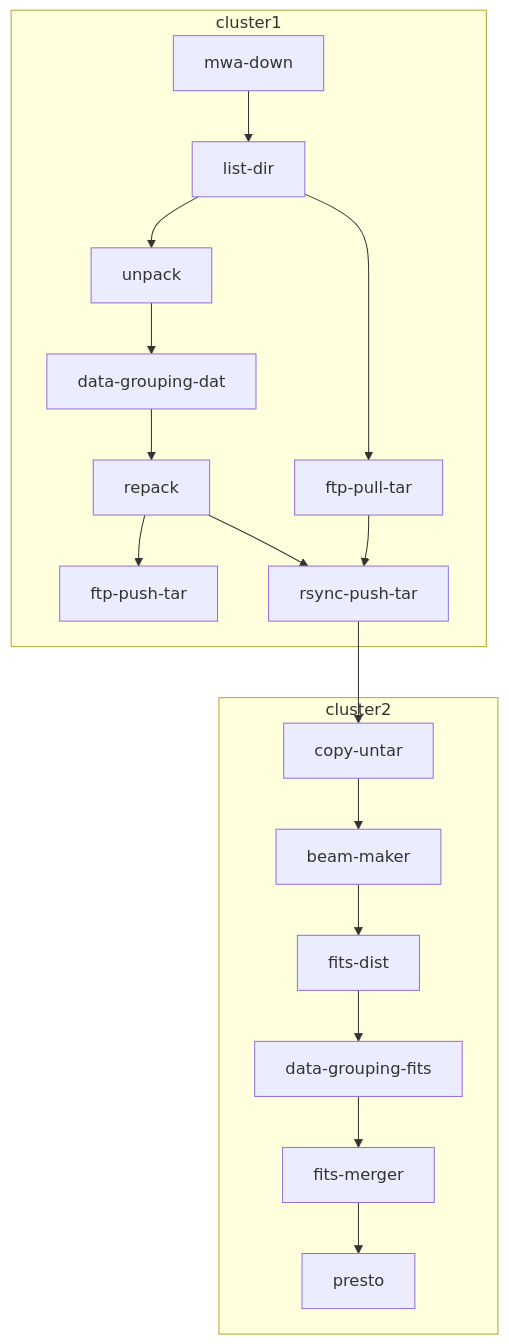
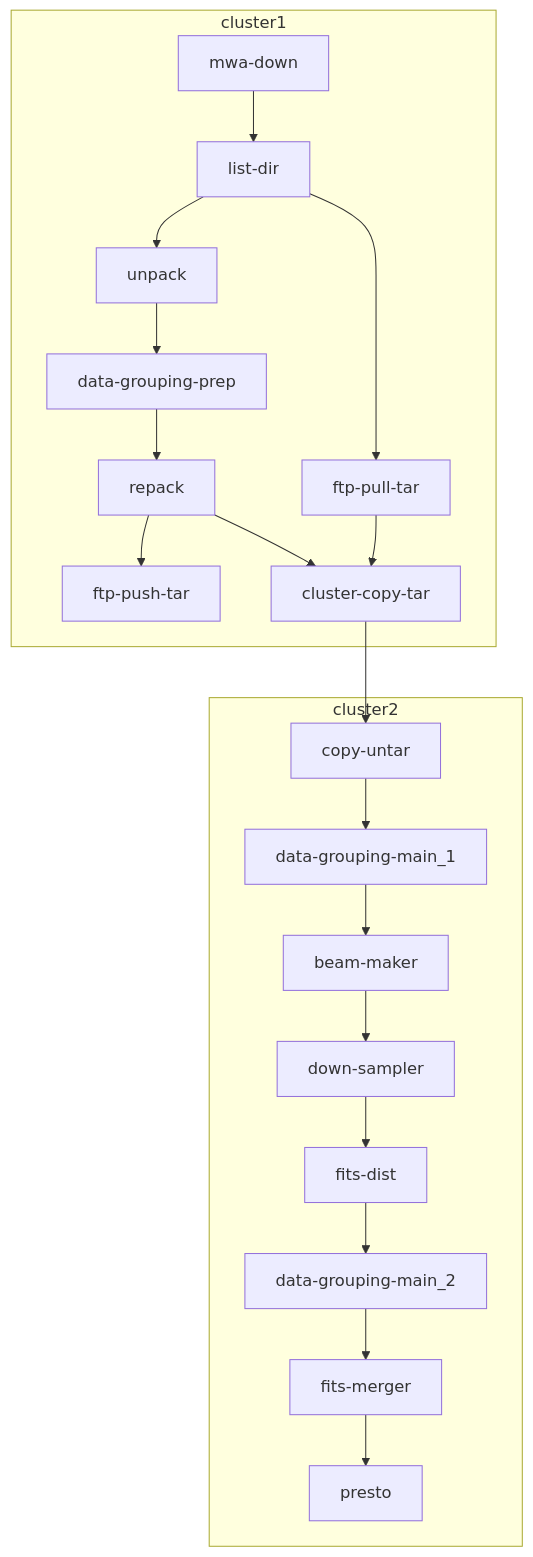
One commit to kaichao/app-mwa changed the third of 3 diagrams in README.md. Above: the diagram before and after it, drawn with Mermaid. The commit also changed 8 other files, not shown here.

Commit message:
add fit-merger to pipeline main(+retry).

````diff
--- a/README.md
+++ b/README.md
@@ -149,37 +149,41 @@
 ```mermaid
 
 flowchart TB
   mwa-down --> list-dir
   list-dir --> unpack
   list-dir --> ftp-pull-tar
-  unpack --> data-grouping-dat
-  data-grouping-dat --> repack
+  unpack --> data-grouping-prep
+  data-grouping-prep --> repack
   repack --> ftp-push-tar
-  repack --> rsync-push-tar
-  ftp-pull-tar --> rsync-push-tar
-  rsync-push-tar --> copy-untar
-  copy-untar --> beam-maker
-  beam-maker --> fits-dist
-  fits-dist --> data-grouping-fits
-  data-grouping-fits --> fits-merger
+  repack --> cluster-copy-tar
+  ftp-pull-tar --> cluster-copy-tar
+  cluster-copy-tar --> copy-untar
+  copy-untar --> data-grouping-main_1
+  data-grouping-main_1 --> beam-maker
+  beam-maker --> down-sampler
+  down-sampler --> fits-dist
+  fits-dist --> data-grouping-main_2
+  data-grouping-main_2 --> fits-merger
   fits-merger --> presto
   subgraph cluster2
     copy-untar
     beam-maker
+    down-sampler
     fits-dist
-    data-grouping-fits
+    data-grouping-main_1
+    data-grouping-main_2
     fits-merger
     presto
   end
   subgraph cluster1
     mwa-down
     list-dir
     unpack
-    data-grouping-dat
+    data-grouping-prep
     repack
     ftp-push-tar
-    rsync-push-tar
+    cluster-copy-tar
     ftp-pull-tar
   end
   
-  ```
+```
````
